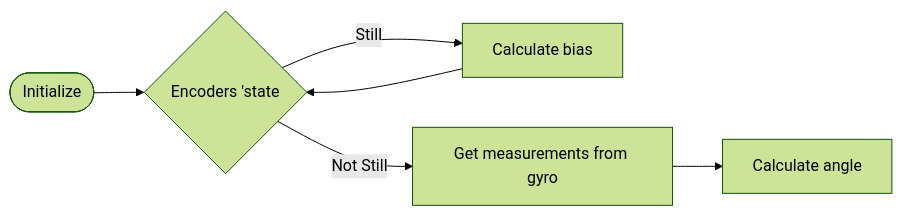
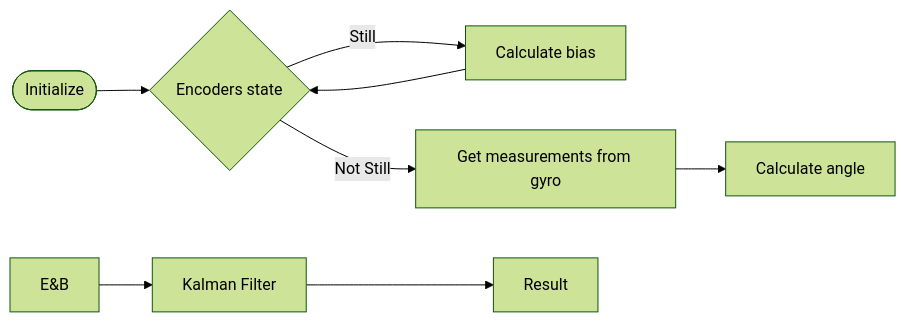
The diagram in Gyro_Encoders/README.md (LucasTakanori/PAE-HP), drawn with Mermaid (forest theme) before and after one commit.

````diff
--- a/Gyro_Encoders/README.md
+++ b/Gyro_Encoders/README.md
@@ -73,8 +73,10 @@
 ```mermaid
 flowchart LR
-    A([Initialize]) --> B{Encoders 'state};
+    A([Initialize]) --> B{Encoders state};
     B -- Still -->C[Calculate bias];
     B -- Not Still --> D[Get measurements from gyro];
     C --> B;
     D --> E[Calculate angle];
+    E&B --> F[Kalman Filter]
+    F--> Result
 ```
````
